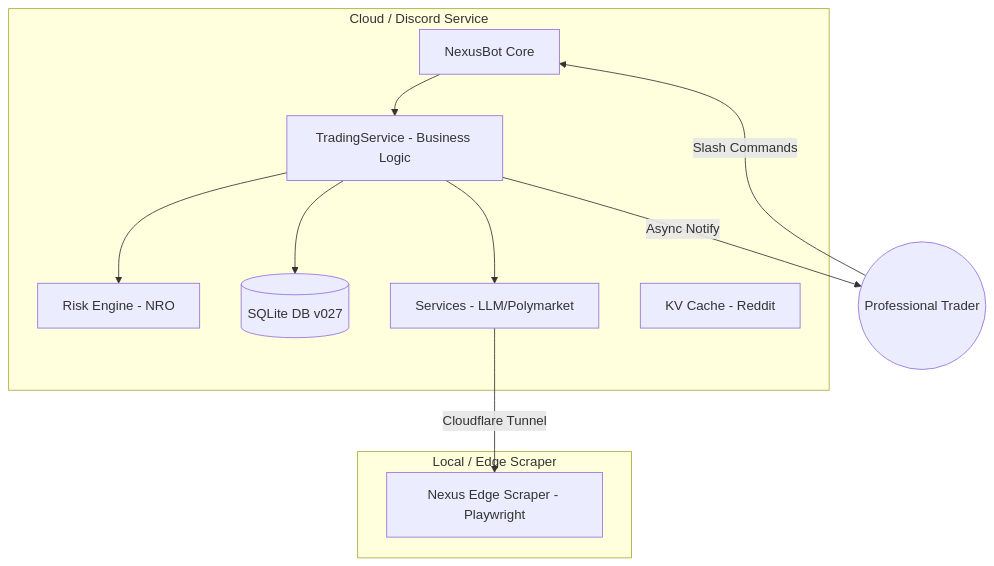
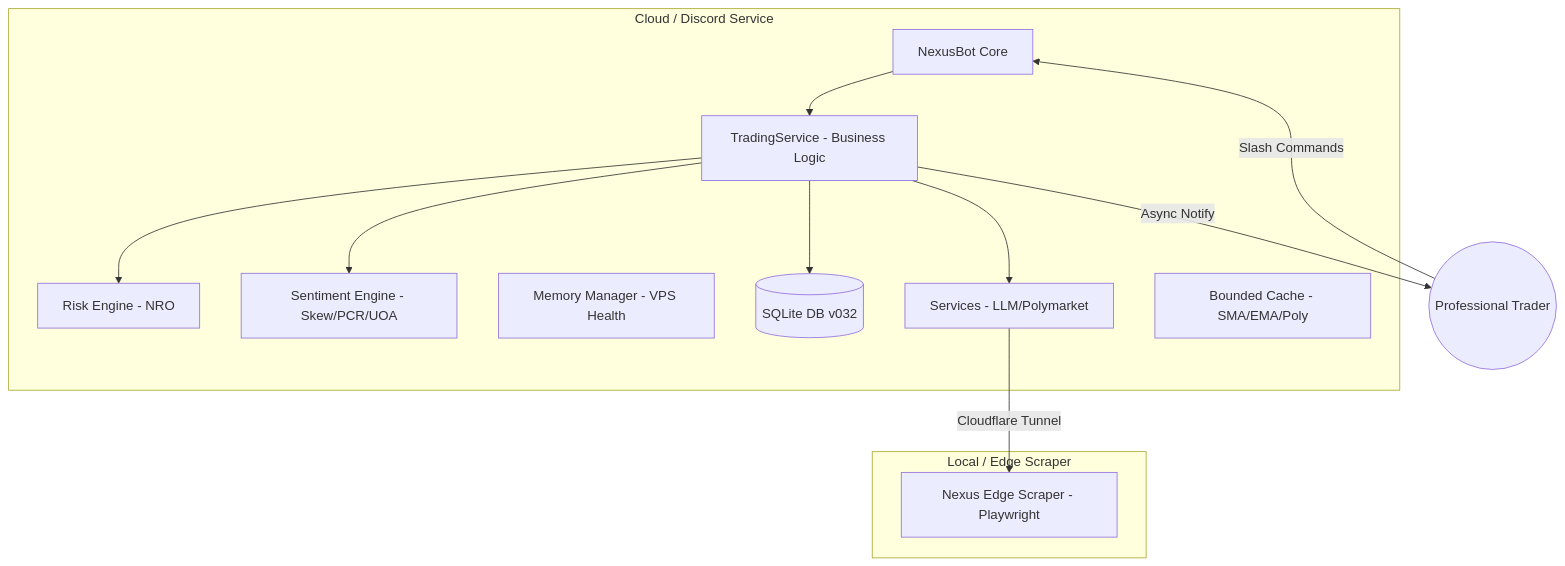
One commit to cosmo-chang-1701/nexus-seeker changed the first of 2 diagrams in README.md. Above: the diagram before and after it, drawn with Mermaid. The commit also changed other lines of this file and 23 other files, not shown here.

Commit message:
docs: update AGENTS.md and README.md with new sentiment, hedging, and memory optimization features

````diff
--- a/README.md
+++ b/README.md
@@ -35,23 +36,26 @@
 ```mermaid
 graph TD
     subgraph Cloud_Environment [Cloud / Discord Service]
         Bot[NexusBot Core]
         TS[TradingService - Business Logic]
         RE[Risk Engine - NRO]
-        DB[(SQLite DB v027)]
+        SE[Sentiment Engine - Skew/PCR/UOA]
+        MM[Memory Manager - VPS Health]
+        DB[(SQLite DB v032)]
         S[Services - LLM/Polymarket]
-        C[KV Cache - Reddit]
+        C[Bounded Cache - SMA/EMA/Poly]
     end
 
     subgraph Edge_Environment [Local / Edge Scraper]
         ES[Nexus Edge Scraper - Playwright]
     end
 
     User((Professional Trader)) -- Slash Commands --> Bot
     Bot --> TS
     TS --> RE
+    TS --> SE
     TS --> DB
     TS --> S
     S -- Cloudflare Tunnel --> ES
     TS -- Async Notify --> User
 ```
````
